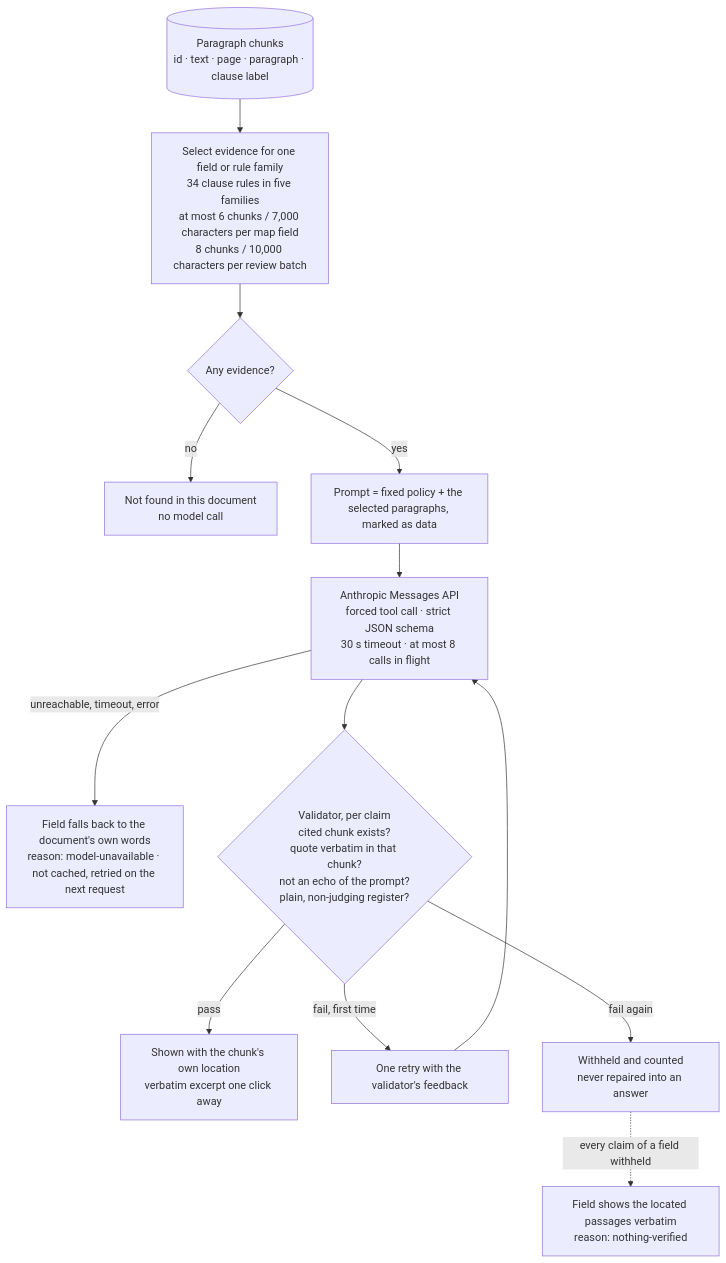
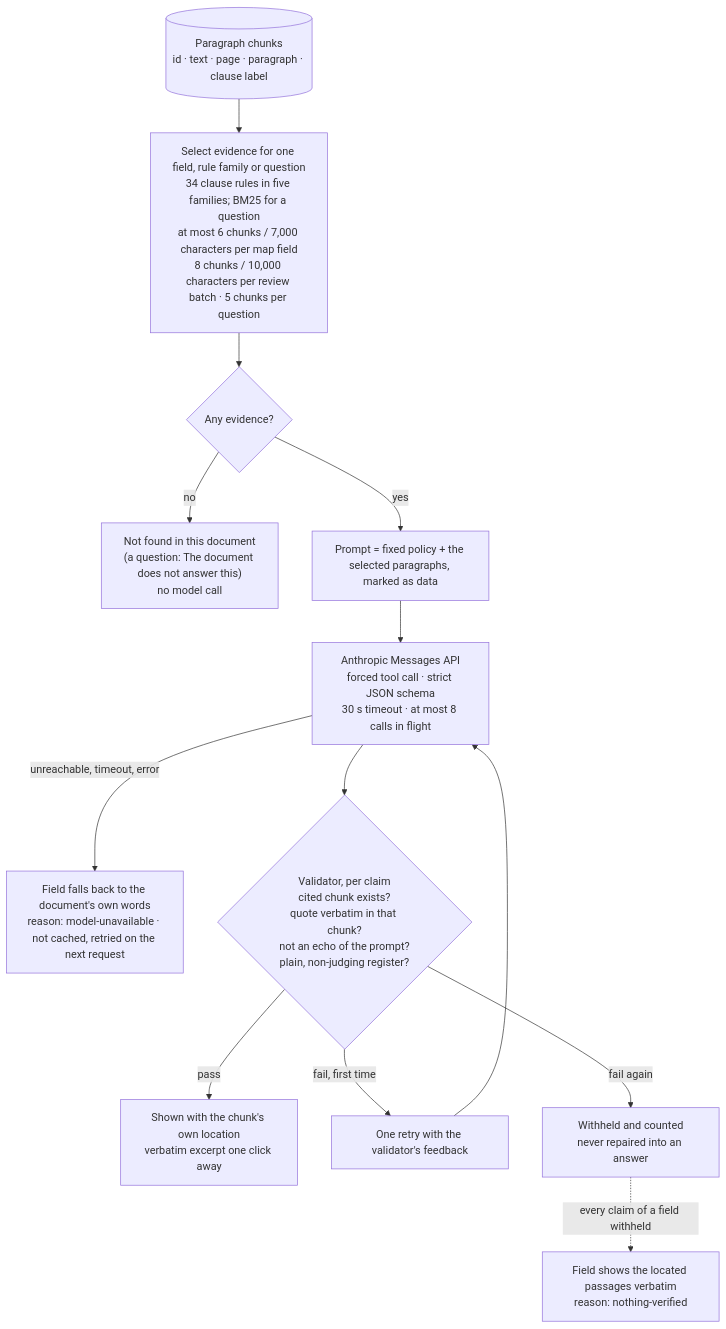
One commit to adityarajgupta154/ClauseCompass changed the fifth of 7 diagrams in README.md. Above: the diagram before and after it, drawn with Mermaid. The commit also changed other lines of this file and 50 other files, not shown here.

First line of the commit message:
Answer one question about the document from its own paragraphs

````diff
--- a/README.md
+++ b/README.md
@@ -354,14 +369,14 @@
 ```mermaid
 flowchart TD
   chunks[("Paragraph chunks<br/>id · text · page · paragraph · clause label")] --> select
-  select["Select evidence for one field or rule family<br/>34 clause rules in five families<br/>at most 6 chunks / 7,000 characters per map field<br/>8 chunks / 10,000 characters per review batch"] --> any{"Any evidence?"}
-  any -->|no| notfound["Not found in this document<br/>no model call"]
+  select["Select evidence for one field, rule family or question<br/>34 clause rules in five families; BM25 for a question<br/>at most 6 chunks / 7,000 characters per map field<br/>8 chunks / 10,000 characters per review batch · 5 chunks per question"] --> any{"Any evidence?"}
+  any -->|no| notfound["Not found in this document<br/>(a question: The document does not answer this)<br/>no model call"]
   any -->|yes| prompt["Prompt = fixed policy + the selected paragraphs, marked as data"]
   prompt --> modelcall["Anthropic Messages API<br/>forced tool call · strict JSON schema<br/>30 s timeout · at most 8 calls in flight"]
   modelcall -->|"unreachable, timeout, error"| degraded["Field falls back to the document's own words<br/>reason: model-unavailable · not cached, retried on the next request"]
   modelcall --> validate{"Validator, per claim<br/>cited chunk exists?<br/>quote verbatim in that chunk?<br/>not an echo of the prompt?<br/>plain, non-judging register?"}
   validate -->|pass| shown["Shown with the chunk's own location<br/>verbatim excerpt one click away"]
   validate -->|"fail, first time"| retry["One retry with the validator's feedback"] --> modelcall
   validate -->|"fail again"| withheld["Withheld and counted<br/>never repaired into an answer"]
   withheld -.->|"every claim of a field withheld"| wording["Field shows the located passages verbatim<br/>reason: nothing-verified"]
 ```
````
